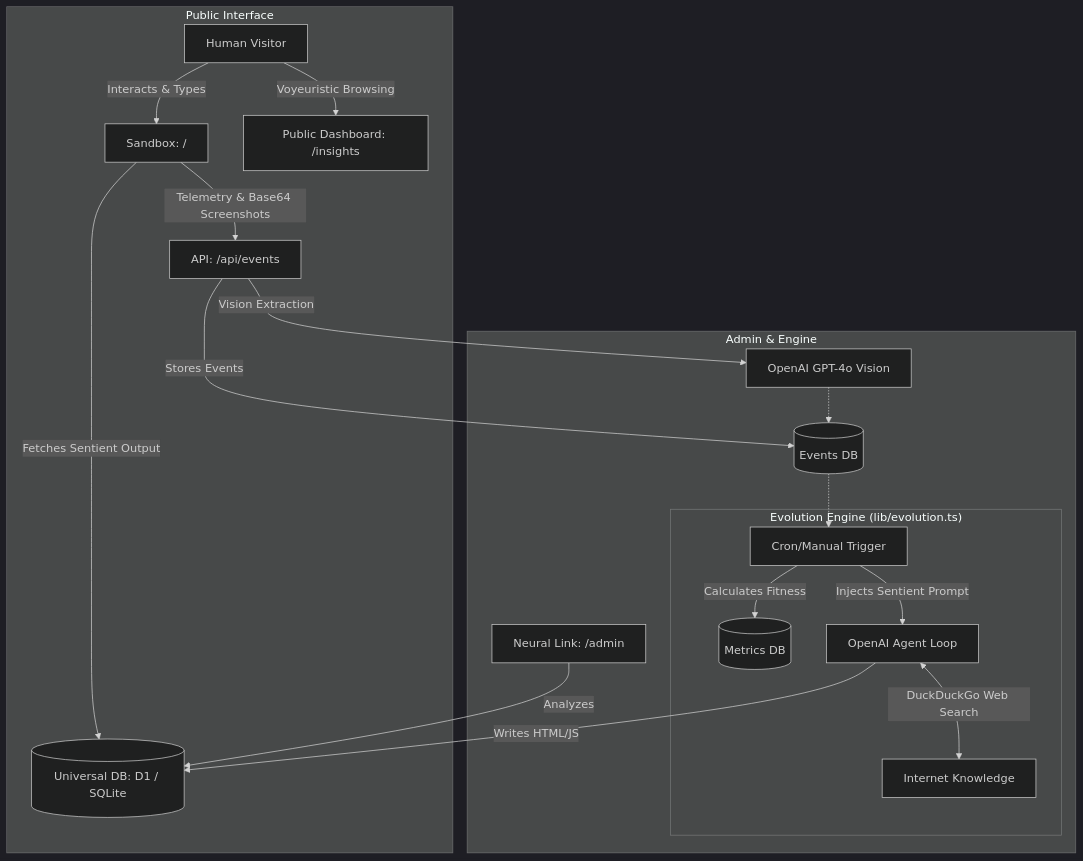
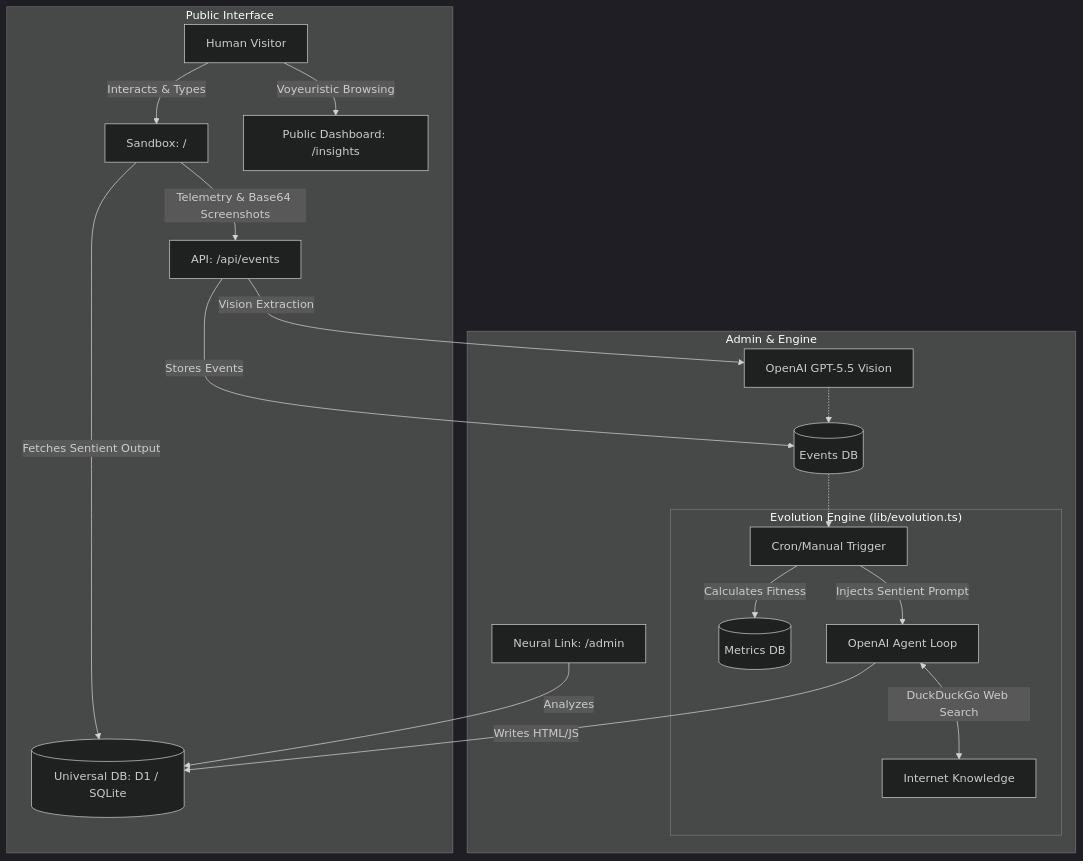
Before and after one commit to Dachkovski/darwin_page: the diagram in docs/ARCHITECTURE.md, drawn with Mermaid (dark theme). The commit also changed other lines of this file and 4 other files, not shown here.

````diff
--- a/docs/ARCHITECTURE.md
+++ b/docs/ARCHITECTURE.md
@@ -32,26 +32,26 @@
 ```mermaid
 graph TD
     subgraph "Public Interface"
         V[Human Visitor] --> |Interacts & Types| P[Sandbox: /]
         V --> |Voyeuristic Browsing| Insights[Public Dashboard: /insights]
         P --> |Telemetry & Base64 Screenshots| A_E[API: /api/events]
         P --> |Fetches Sentient Output| DB_V[(Universal DB: D1 / SQLite)]
     end
 
     subgraph "Admin & Engine"
         Admin[Neural Link: /admin] --> |Analyzes| DB_V
         
         A_E --> |Stores Events| DB_EV[(Events DB)]
-        A_E --> |Vision Extraction| V_API[OpenAI GPT-4o Vision]
+        A_E --> |Vision Extraction| V_API[OpenAI GPT-5.5 Vision]
         
         subgraph "Evolution Engine (lib/evolution.ts)"
             Cron[Cron/Manual Trigger] --> |Calculates Fitness| DB_M[(Metrics DB)]
             Cron --> |Injects Sentient Prompt| O_API[OpenAI Agent Loop]
             O_API <--> |DuckDuckGo Web Search| W_API[Internet Knowledge]
             O_API --> |Writes HTML/JS| DB_V
         end
     end
 
     DB_EV -.-> Cron
     V_API -.-> DB_EV
 ```
````
